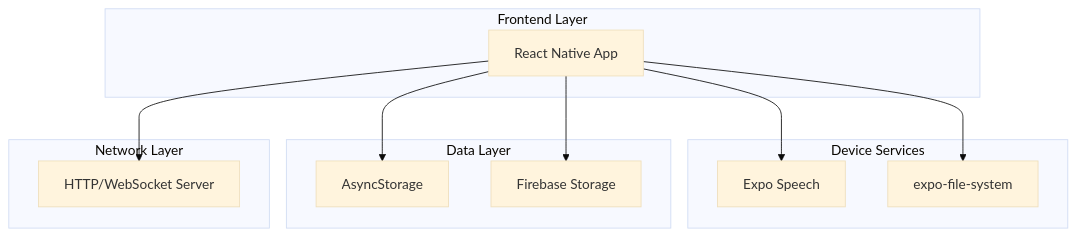
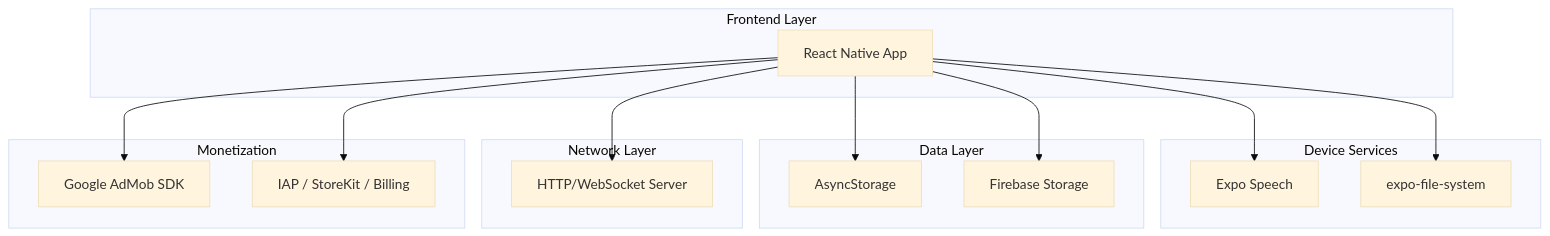
The first of 2 diagrams in documents/墨声APP技术架构文档.md (Daneaz/audio_book), drawn with Mermaid (base theme) before and after one commit. The commit also changed other lines of this file and 7 other files, not shown here.

````diff
--- a/documents/墨声APP技术架构文档.md
+++ b/documents/墨声APP技术架构文档.md
@@ -3,26 +3,33 @@
 ```mermaid
 graph TD
   A[React Native App] --> B[Expo Speech]
   A --> C[expo-file-system]
   A --> D[AsyncStorage]
   A --> E[Firebase Storage]
   A --> F[HTTP/WebSocket Server]
+  A --> G[Google AdMob SDK]
+  A --> H[IAP / StoreKit / Billing]
   
   subgraph "Frontend Layer"
     A
   end
   
   subgraph "Device Services"
     B
     C
   end
   
   subgraph "Data Layer"
     D
     E
   end
   
   subgraph "Network Layer"
     F
   end
+  
+  subgraph "Monetization"
+    G
+    H
+  end
 ```
````
